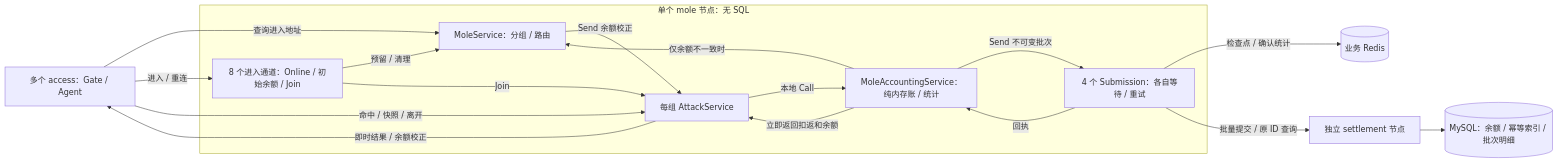
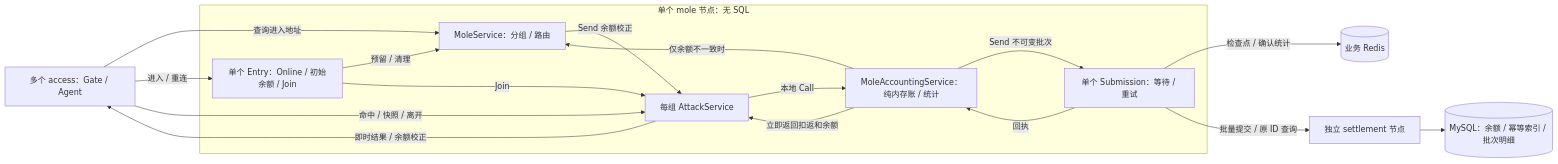
Before and after one commit to cnooljaw/gsrdemo: the diagram in docs/DESIGN.md, drawn with Mermaid. The commit also changed other lines of this file and 23 other files, not shown here.

````diff
--- a/docs/DESIGN.md
+++ b/docs/DESIGN.md
@@ -242,21 +242,21 @@
 ```mermaid
 flowchart LR
     A["多个 access：Gate / Agent"] -->|"查询进入地址"| E
     A -->|"进入 / 重连"| I
     A -->|"命中 / 快照 / 离开"| G
     subgraph M["单个 mole 节点：无 SQL"]
         E["MoleService：分组 / 路由"]
-        I["8 个进入通道：Online / 初始余额 / Join"] -->|"预留 / 清理"| E
+        I["单个 Entry：Online / 初始余额 / Join"] -->|"预留 / 清理"| E
         I -->|"Join"| G["每组 AttackService"]
         E -->|"Send 余额校正"| G
         G -->|"本地 Call"| B["MoleAccountingService：纯内存账 / 统计"]
         B -->|"立即返回扣返和余额"| G
-        B -->|"Send 不可变批次"| T["4 个 Submission：各自等待 / 重试"]
+        B -->|"Send 不可变批次"| T["单个 Submission：等待 / 重试"]
         T -->|"回执"| B
         B -->|"仅余额不一致时"| E
     end
     G -->|"即时结果 / 余额校正"| A
     T -->|"检查点 / 确认统计"| R[("业务 Redis")]
     T -->|"批量提交 / 原 ID 查询"| S["独立 settlement 节点"]
     S --> D[("MySQL：余额 / 幂等索引 / 批次明细")]
 ```
````
